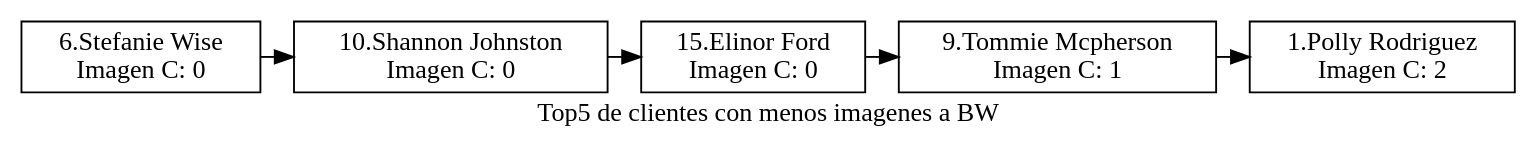
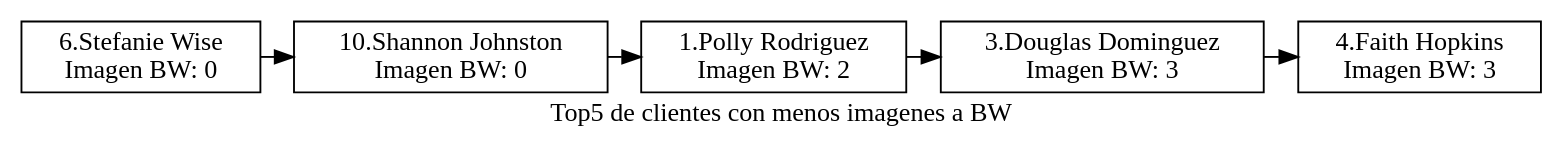
The diagram in [EDD]PROYECTO_FASE1_201900716/Proyecto1_Edd/Top5.jpg.dot (Kelly901/EDD_PROYECTO_FASE1_201900716), drawn with Graphviz before and after one commit. The commit also changed 26 other files, not shown here.

```diff
--- a/[EDD]PROYECTO_FASE1_201900716/Proyecto1_Edd/Top5.jpg.dot
+++ b/[EDD]PROYECTO_FASE1_201900716/Proyecto1_Edd/Top5.jpg.dot
@@ -1,22 +1,22 @@
 digraph G{
 label="Top5 de clientes con menos imagenes a BW";
 node[shape=box];
-n1791741888[label="6.Stefanie Wise
-Imagen C: 0"];
-n1595428806[label="10.Shannon Johnston
-Imagen C: 0"];
-n1072408673[label="15.Elinor Ford
-Imagen C: 0"];
-n1531448569[label="9.Tommie Mcpherson
-Imagen C: 1"];
-n1867083167[label="1.Polly Rodriguez
-Imagen C: 2"];
+n692404036[label="6.Stefanie Wise
+Imagen BW: 0"];
+n1554874502[label="10.Shannon Johnston
+Imagen BW: 0"];
+n1846274136[label="1.Polly Rodriguez
+Imagen BW: 2"];
+n1639705018[label="3.Douglas Dominguez
+Imagen BW: 3"];
+n1627674070[label="4.Faith Hopkins
+Imagen BW: 3"];
 
 {rank=same;
-n1791741888->n1595428806;
-n1595428806->n1072408673;
-n1072408673->n1531448569;
-n1531448569->n1867083167;
+n692404036->n1554874502;
+n1554874502->n1846274136;
+n1846274136->n1639705018;
+n1639705018->n1627674070;
 
 }
 }
```
